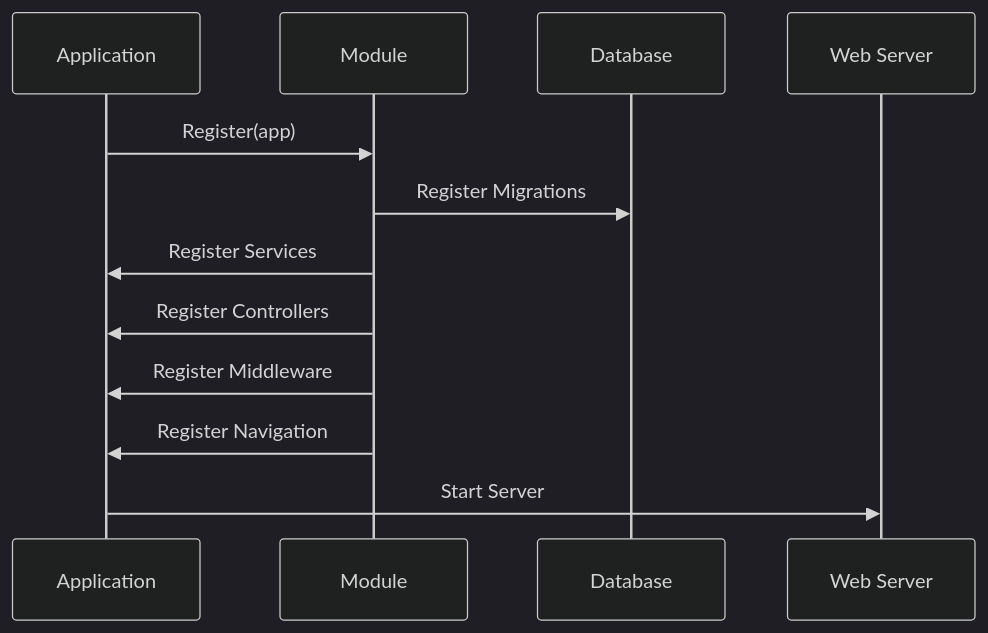
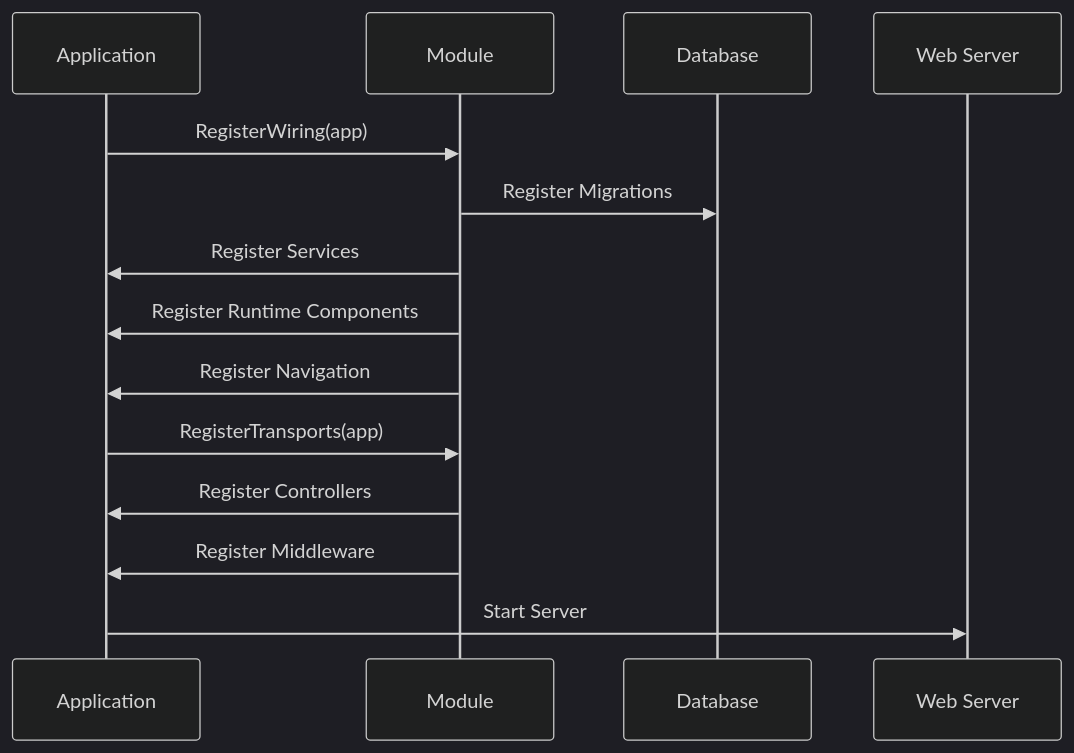
One commit to iota-uz/iota-sdk changed the third of 7 diagrams in docs/content/architecture/index.mdx. Above: the diagram before and after it, drawn with Mermaid (dark theme). The commit also changed 36 other files, not shown here.

Commit message:
refactor: decouple wiring from runtime startup

````diff
--- a/docs/content/architecture/index.mdx
+++ b/docs/content/architecture/index.mdx
@@ -103,15 +103,17 @@
 ```mermaid
 sequenceDiagram
     participant App as Application
     participant Mod as Module
     participant DB as Database
     participant Web as Web Server
     
-    App->>Mod: Register(app)
+    App->>Mod: RegisterWiring(app)
     Mod->>DB: Register Migrations
     Mod->>App: Register Services
+    Mod->>App: Register Runtime Components
+    Mod->>App: Register Navigation
+    App->>Mod: RegisterTransports(app)
     Mod->>App: Register Controllers
     Mod->>App: Register Middleware
-    Mod->>App: Register Navigation
     App->>Web: Start Server
 ```
````
